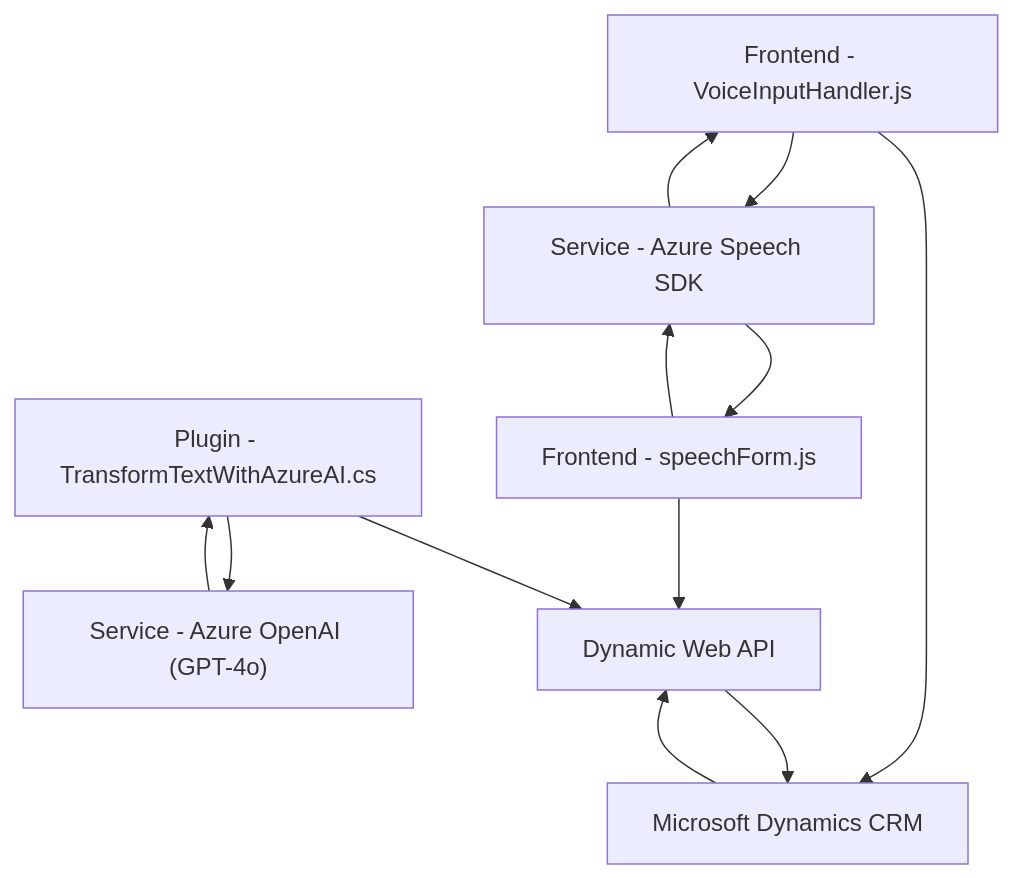
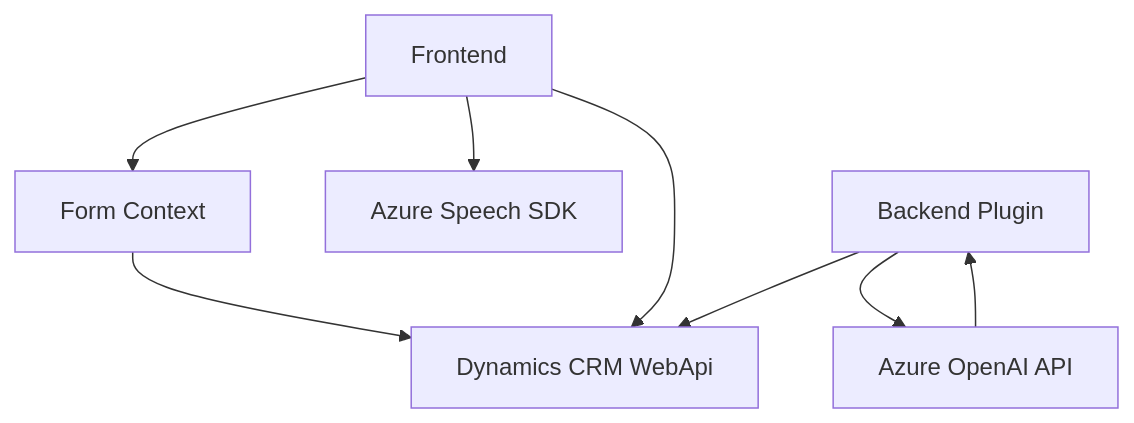
The diagram in README.md (blopezdm/NETCORE_BILBAO2025), drawn with Mermaid before and after one commit. The commit also changed other lines of this file, not shown here.

````diff
--- a/README.md
+++ b/README.md
@@ -45,21 +66,17 @@
 ```mermaid
 graph TD
-    F1["Frontend - VoiceInputHandler.js"]
-    F2["Frontend - speechForm.js"]
-    P1["Plugin - TransformTextWithAzureAI.cs"]
-    S1["Service - Azure Speech SDK"]
-    S2["Service - Azure OpenAI (GPT-4o)"]
-    D1["Microsoft Dynamics CRM"]
-    API["Dynamic Web API"]
-    
-    F1 --> S1
-    F1 --> D1
-    F2 --> S1
-    F2 --> API
-    P1 --> S2
-    P1 --> API
-    API --> D1
-    S1 --> F1 & F2
-    S2 --> P1
-    D1 --> API
+    A["Frontend"]
+    B["Backend Plugin"]
+    C["Azure Speech SDK"]
+    D["Dynamics CRM WebApi"]
+    E["Azure OpenAI API"]
+    F["Form Context"]
+
+    A --> F
+    A --> C
+    F --> D
+    A --> D
+    B --> D
+    B --> E
+    E --> B
 ```
````
